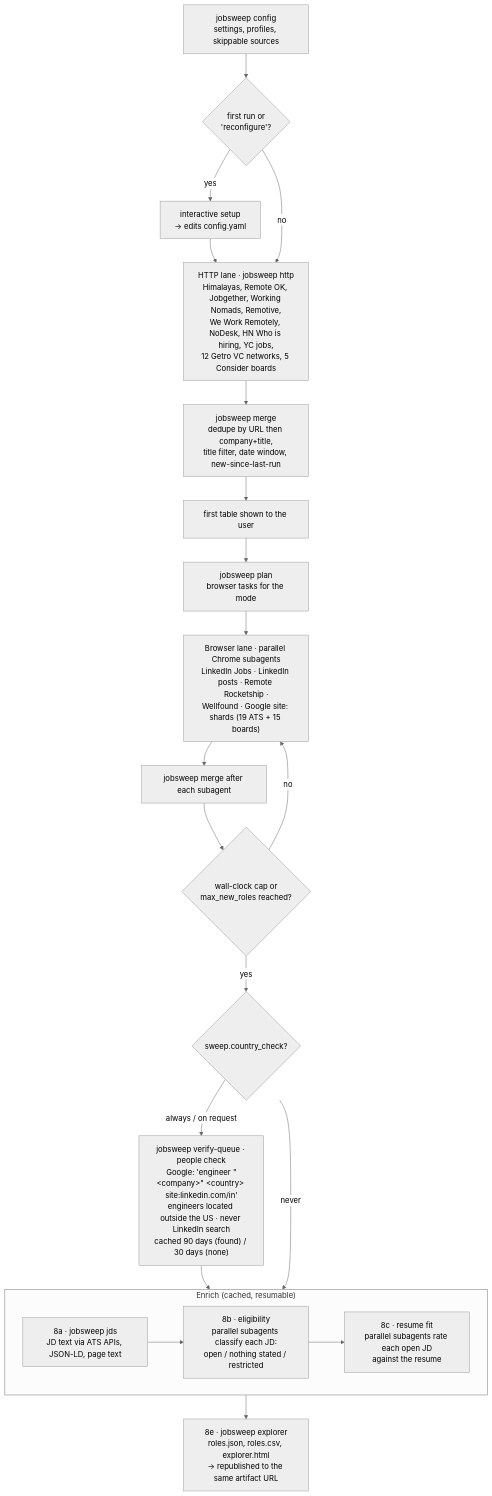
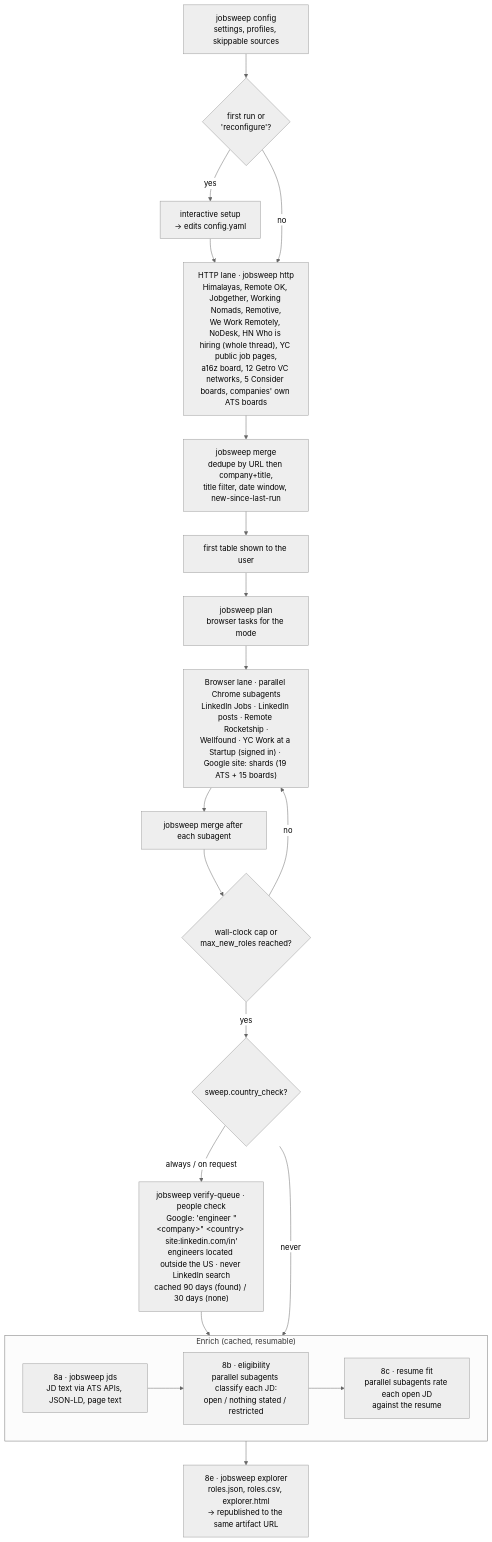
The second of 7 diagrams in README.md (ruanchaves/autopilot), drawn with Mermaid (neutral theme) before and after one commit. The commit also changed other lines of this file and 8 other files, not shown here.

````diff
--- a/README.md
+++ b/README.md
@@ -111,25 +111,25 @@
 ```mermaid
 flowchart TD
     cfg["jobsweep config<br/>settings, profiles, skippable sources"] --> setup{"first run or<br/>'reconfigure'?"}
     setup -- yes --> ask["interactive setup<br/>→ edits config.yaml"] --> http
     setup -- no --> http
 
-    http["HTTP lane · jobsweep http<br/>Himalayas, Remote OK, Jobgether, Working Nomads, Remotive,<br/>We Work Remotely, NoDesk, HN Who is hiring, YC jobs,<br/>12 Getro VC networks, 5 Consider boards"] --> merge1["jobsweep merge<br/>dedupe by URL then company+title,<br/>title filter, date window, new-since-last-run"]
+    http["HTTP lane · jobsweep http<br/>Himalayas, Remote OK, Jobgether, Working Nomads, Remotive,<br/>We Work Remotely, NoDesk, HN Who is hiring (whole thread), YC public job pages,<br/>a16z board, 12 Getro VC networks, 5 Consider boards, companies' own ATS boards"] --> merge1["jobsweep merge<br/>dedupe by URL then company+title,<br/>title filter, date window, new-since-last-run"]
     merge1 --> table1["first table shown to the user"]
     table1 --> plan["jobsweep plan<br/>browser tasks for the mode"]
-    plan --> browser["Browser lane · parallel Chrome subagents<br/>LinkedIn Jobs · LinkedIn posts · Remote Rocketship ·<br/>Wellfound · Google site: shards (19 ATS + 15 boards)"]
+    plan --> browser["Browser lane · parallel Chrome subagents<br/>LinkedIn Jobs · LinkedIn posts · Remote Rocketship ·<br/>Wellfound · YC Work at a Startup (signed in) · Google site: shards (19 ATS + 15 boards)"]
     browser --> merge2["jobsweep merge after each subagent"]
     merge2 --> stop{"wall-clock cap or<br/>max_new_roles reached?"}
     stop -- no --> browser
     stop -- yes --> country{"sweep.country_check?"}
     country -- "always / on request" --> verify["jobsweep verify-queue · people check<br/>Google: 'engineer &quot;&lt;company&gt;&quot; &lt;country&gt; site:linkedin.com/in'<br/>engineers located outside the US · never LinkedIn search<br/>cached 90 days (found) / 30 days (none)"] --> enrich
     country -- never --> enrich
 
     subgraph enrich["Enrich (cached, resumable)"]
         jds["8a · jobsweep jds<br/>JD text via ATS APIs, JSON-LD, page text"]
         elig["8b · eligibility<br/>parallel subagents classify each JD:<br/>open / nothing stated / restricted"]
         fit["8c · resume fit<br/>parallel subagents rate each open JD<br/>against the resume"]
         jds --> elig --> fit
     end
     enrich --> explorer["8e · jobsweep explorer<br/>roles.json, roles.csv, explorer.html<br/>→ republished to the same artifact URL"]
 ```
````
